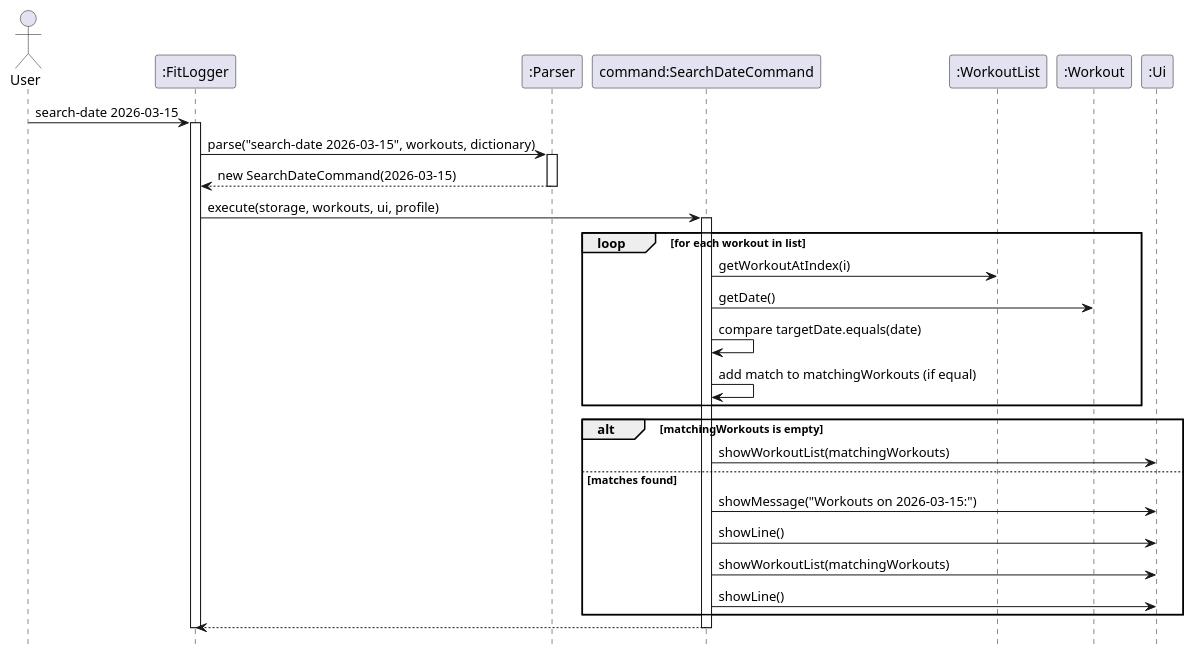
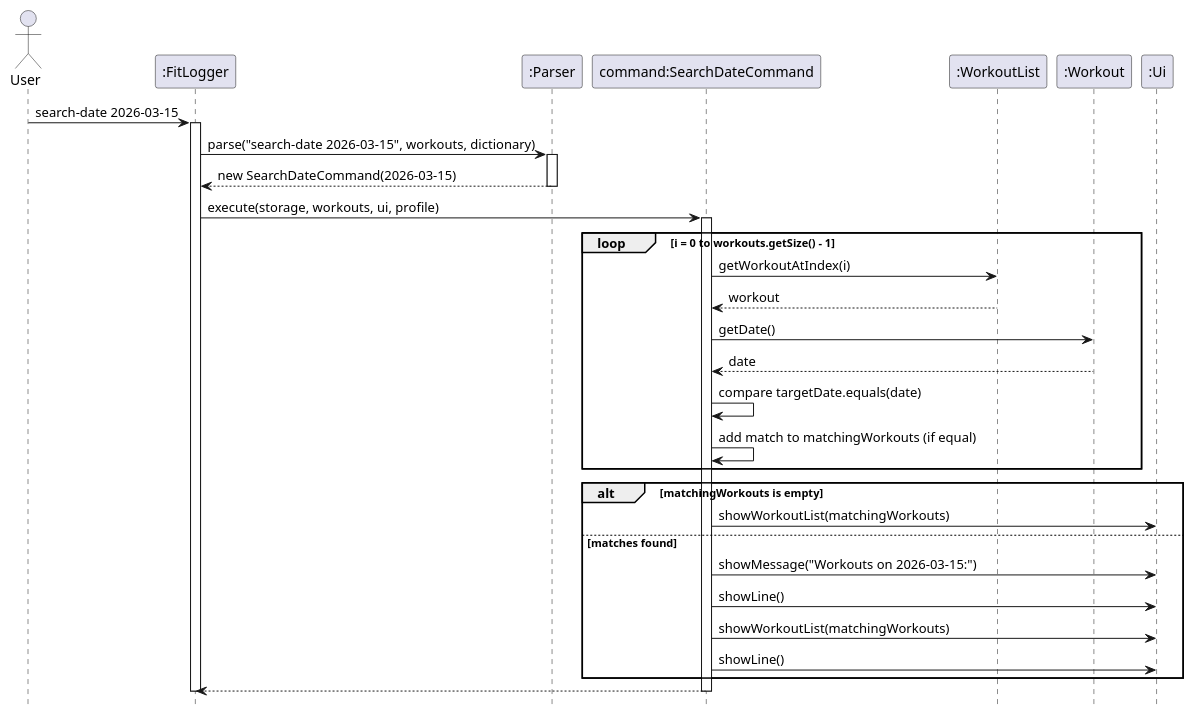
One commit to Daniel-czj/tp changed the diagram in docs/diagrams/SearchDateCommandSequenceDiagram.puml. Above: the diagram before and after it, drawn with PlantUML. The commit also changed 27 other files, not shown here.

Commit message:
Update docs diagrams and related project changes

```diff
--- a/docs/diagrams/SearchDateCommandSequenceDiagram.puml
+++ b/docs/diagrams/SearchDateCommandSequenceDiagram.puml
@@ -1,42 +1,44 @@
 @startuml
 hide footbox
 
 actor User
 participant ":FitLogger" as Main
 participant ":Parser" as Parser
 participant "command:SearchDateCommand" as Cmd
 participant ":WorkoutList" as Workouts
 participant ":Workout" as Workout
 participant ":Ui" as Ui
 
 User -> Main : search-date 2026-03-15
 activate Main
 
 Main -> Parser : parse("search-date 2026-03-15", workouts, dictionary)
 activate Parser
 Parser --> Main : new SearchDateCommand(2026-03-15)
 deactivate Parser
 
 Main -> Cmd : execute(storage, workouts, ui, profile)
 activate Cmd
 
-loop for each workout in list
+loop i = 0 to workouts.getSize() - 1
 	Cmd -> Workouts : getWorkoutAtIndex(i)
+	Workouts --> Cmd : workout
 	Cmd -> Workout : getDate()
+	Workout --> Cmd : date
 	Cmd -> Cmd : compare targetDate.equals(date)
 	Cmd -> Cmd : add match to matchingWorkouts (if equal)
 end
 
 alt matchingWorkouts is empty
 	Cmd -> Ui : showWorkoutList(matchingWorkouts)
 else matches found
 	Cmd -> Ui : showMessage("Workouts on 2026-03-15:")
 	Cmd -> Ui : showLine()
 	Cmd -> Ui : showWorkoutList(matchingWorkouts)
 	Cmd -> Ui : showLine()
 end
 
 Cmd --> Main
 deactivate Cmd
 deactivate Main
 @enduml
```
